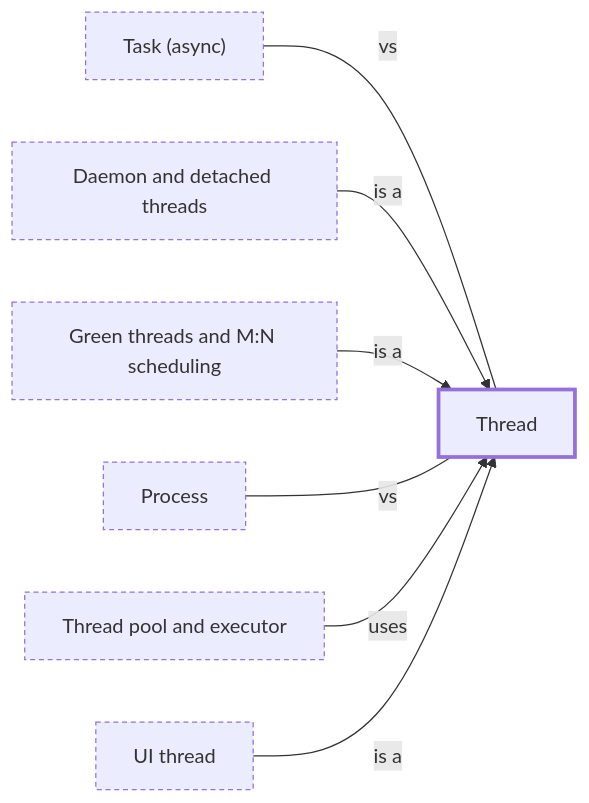
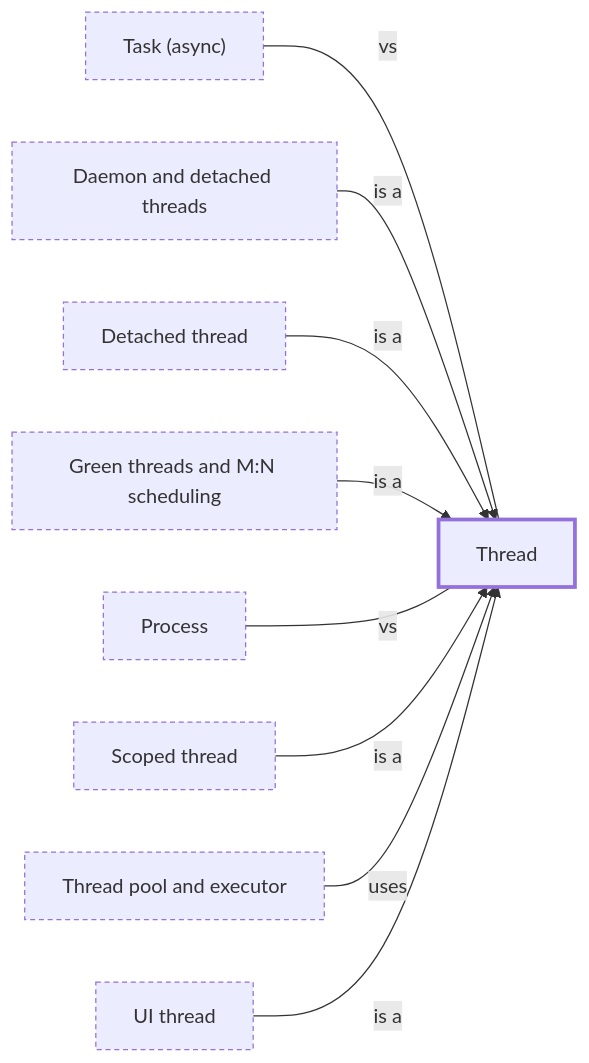
Before and after one commit to masiarek/concurrency-learning-library: the diagram in 11_Concepts/units_of_execution/thread/README.md, drawn with Mermaid. The commit also changed other lines of this file and 44 other files, not shown here.

````diff
--- a/11_Concepts/units_of_execution/thread/README.md
+++ b/11_Concepts/units_of_execution/thread/README.md
@@ -11,20 +11,24 @@
 ```mermaid
 flowchart LR
   n_daemon_thread["Daemon and detached threads"]
+  n_detached_thread["Detached thread"]
   n_green_thread["Green threads and M:N scheduling"]
   n_process["Process"]
+  n_scoped_thread["Scoped thread"]
   n_async_task["Task (async)"]
   n_thread["Thread"]
   n_thread_pool["Thread pool and executor"]
   n_ui_thread["UI thread"]
   n_async_task ---|vs| n_thread
   n_daemon_thread -->|is a| n_thread
+  n_detached_thread -->|is a| n_thread
   n_green_thread -->|is a| n_thread
   n_process ---|vs| n_thread
+  n_scoped_thread -->|is a| n_thread
   n_thread_pool -->|uses| n_thread
   n_ui_thread -->|is a| n_thread
   classDef center stroke-width:3px
   class n_thread center
   classDef outside stroke-dasharray: 4 3
-  class n_daemon_thread,n_green_thread,n_process,n_async_task,n_thread_pool,n_ui_thread outside
+  class n_daemon_thread,n_detached_thread,n_green_thread,n_process,n_scoped_thread,n_async_task,n_thread_pool,n_ui_thread outside
 ```
````
